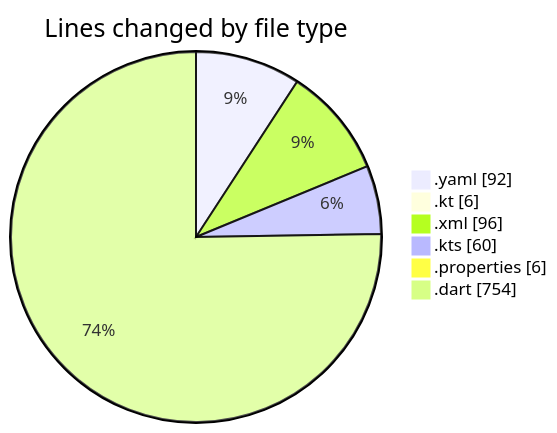
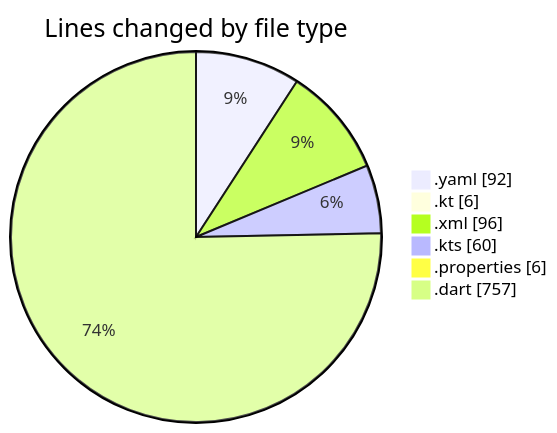
Before and after one commit to donsfak/code-tracking: the first of 2 diagrams in 2025-02-19/uber_clone/README.md, drawn with Mermaid. The commit also changed other lines of this file and 1 other file, not shown here.

````diff
--- a/2025-02-19/uber_clone/README.md
+++ b/2025-02-19/uber_clone/README.md
@@ -29,10 +29,10 @@
 ```mermaid
 pie showData
 title Lines changed by file type
 ".yaml" : 92
 ".kt" : 6
 ".xml" : 96
 ".kts" : 60
 ".properties" : 6
-".dart" : 754
+".dart" : 757
 ```
````
